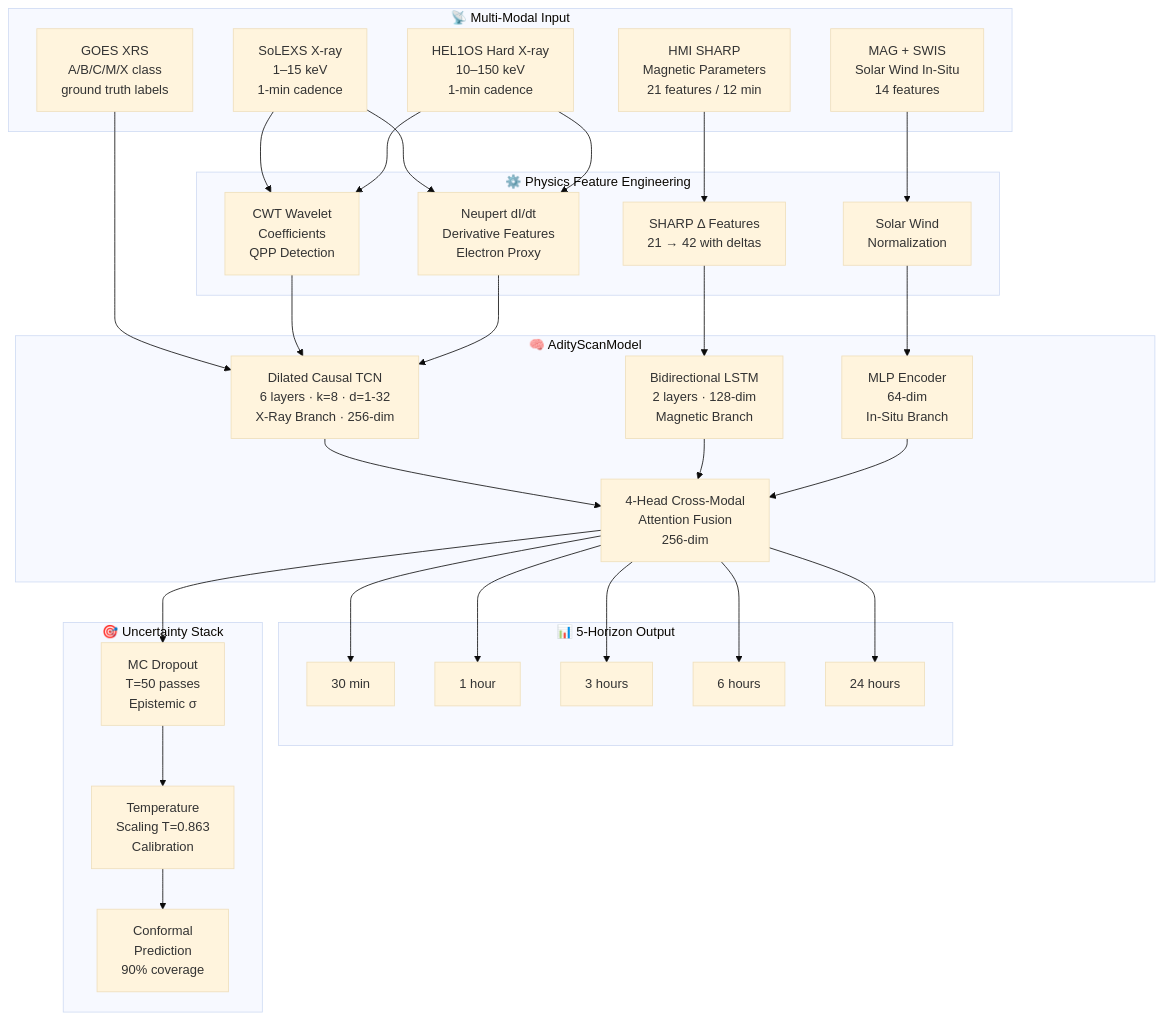
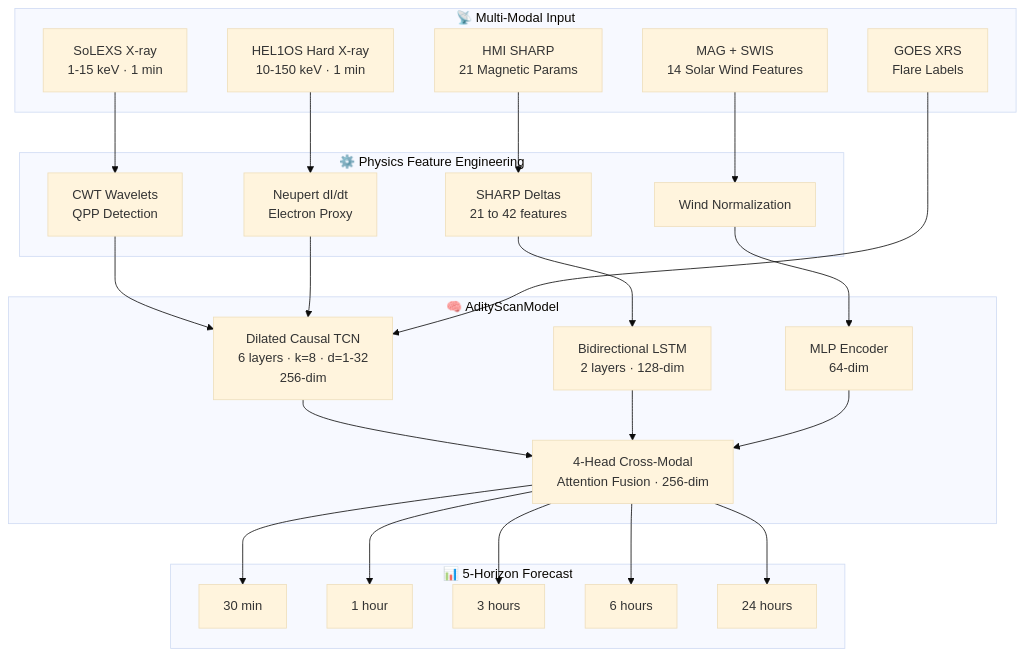
One commit to mahanshstarktech/BAH-2026-AdityaScan changed the first of 3 diagrams in README.md. Above: the diagram before and after it, drawn with Mermaid (base theme). The commit also changed other lines of this file, not shown here.

````diff
--- a/README.md
+++ b/README.md
@@ -79,55 +81,42 @@
 ```mermaid
 graph TD
     subgraph INPUT["📡 Multi-Modal Input"]
-        A[SoLEXS X-ray\n1–15 keV\n1-min cadence]
-        B[HEL1OS Hard X-ray\n10–150 keV\n1-min cadence]
-        C[GOES XRS\nA/B/C/M/X class\nground truth labels]
-        D[MAG + SWIS\nSolar Wind In-Situ\n14 features]
-        E[HMI SHARP\nMagnetic Parameters\n21 features / 12 min]
+        A[SoLEXS X-ray\n1-15 keV · 1 min]
+        B[HEL1OS Hard X-ray\n10-150 keV · 1 min]
+        C[GOES XRS\nFlare Labels]
+        D[MAG + SWIS\n14 Solar Wind Features]
+        E[HMI SHARP\n21 Magnetic Params]
     end
 
     subgraph FEAT["⚙️ Physics Feature Engineering"]
-        F[CWT Wavelet\nCoefficients\nQPP Detection]
-        G[Neupert dI/dt\nDerivative Features\nElectron Proxy]
-        H[SHARP Δ Features\n21 → 42 with deltas]
-        I[Solar Wind\nNormalization]
+        F[CWT Wavelets\nQPP Detection]
+        G[Neupert dI/dt\nElectron Proxy]
+        H[SHARP Deltas\n21 to 42 features]
+        I[Wind Normalization]
     end
 
     subgraph MODEL["🧠 AdityScanModel"]
-        J[Dilated Causal TCN\n6 layers · k=8 · d=1-32\nX-Ray Branch · 256-dim]
-        K[Bidirectional LSTM\n2 layers · 128-dim\nMagnetic Branch]
-        L[MLP Encoder\n64-dim\nIn-Situ Branch]
-        M[4-Head Cross-Modal\nAttention Fusion\n256-dim]
+        J[Dilated Causal TCN\n6 layers · k=8 · d=1-32\n256-dim]
+        K[Bidirectional LSTM\n2 layers · 128-dim]
+        L[MLP Encoder\n64-dim]
+        M[4-Head Cross-Modal\nAttention Fusion · 256-dim]
     end
 
-    subgraph OUTPUT["📊 5-Horizon Output"]
+    subgraph OUTPUT["📊 5-Horizon Forecast"]
         N[30 min]
         O[1 hour]
         P[3 hours]
         Q[6 hours]
         R[24 hours]
     end
 
-    subgraph UQ["🎯 Uncertainty Stack"]
-        S[MC Dropout\nT=50 passes\nEpistemic σ]
-        T[Temperature\nScaling T=0.863\nCalibration]
-        U[Conformal\nPrediction\n90% coverage]
-    end
-
-    A --> F
-    B --> F
-    A --> G
-    B --> G
+    A --> F --> J
+    B --> G --> J
     C --> J
-    F --> J
-    G --> J
-    E --> H
-    H --> K
-    D --> I
-    I --> L
+    E --> H --> K
+    D --> I --> L
     J --> M
     K --> M
     L --> M
     M --> N & O & P & Q & R
-    M --> S --> T --> U
 ```
````
